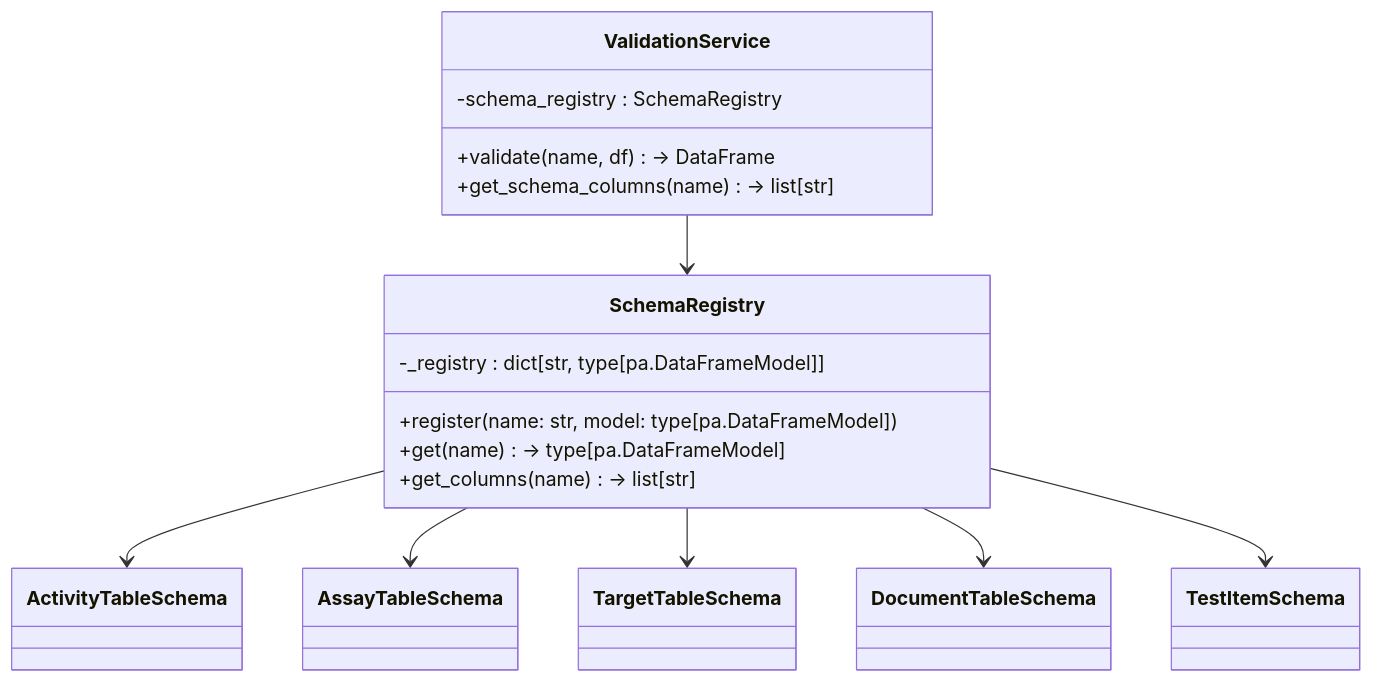
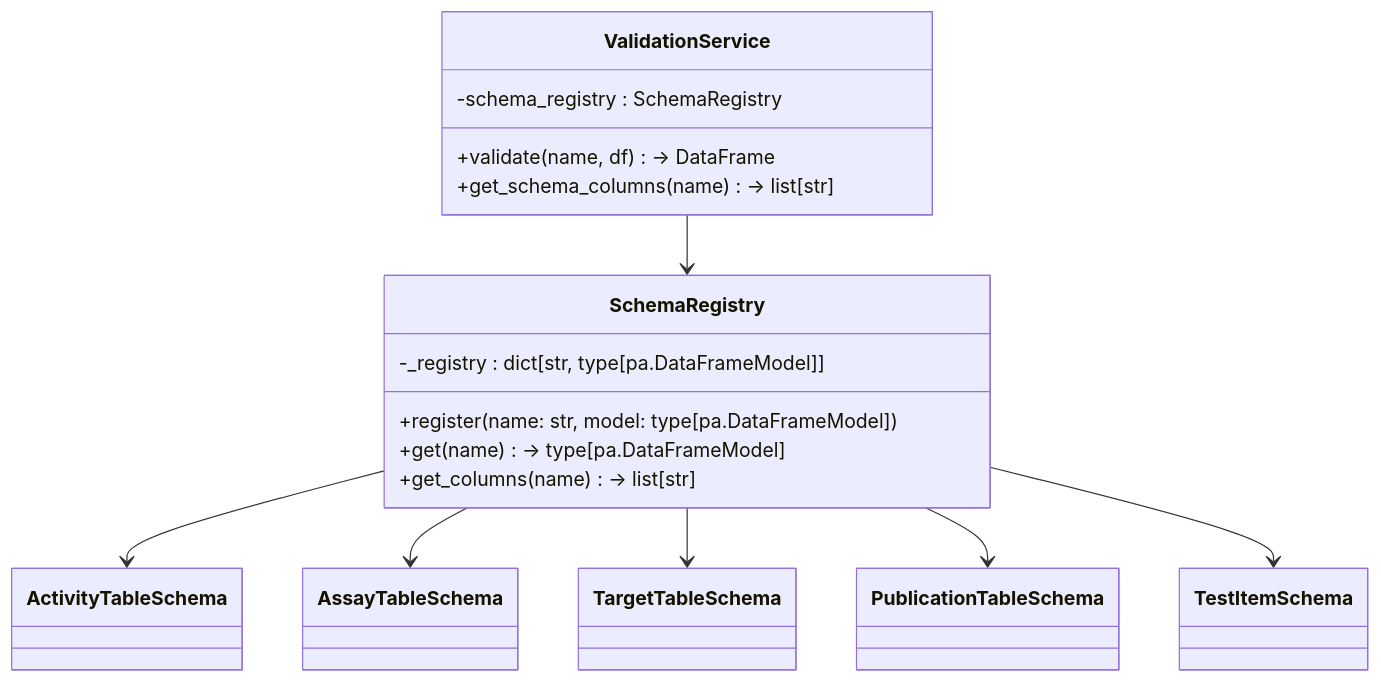
The diagram in docs/architecture/diagrams/class/33-schema-registry.mmd (SatoryKono/BioactivityDataAcquisition), drawn with Mermaid before and after one commit. The commit also changed 50 other files, not shown here.

Commit message:
Переименование Document в Publication

```diff
--- a/docs/architecture/diagrams/class/33-schema-registry.mmd
+++ b/docs/architecture/diagrams/class/33-schema-registry.mmd
@@ -1,25 +1,25 @@
 %%{init: {"class": {"domainPrimary": {"fill": "#f5f5f5", "stroke": "#444", "strokeWidth": 1.5, "color": "#111", "fontSize": "22px"}, "domainSecondary": {"fill": "#e3e7ec", "stroke": "#555", "strokeWidth": 1.2, "color": "#111", "fontSize": "18px"}, "interface": {"fill": "#dde7f2", "stroke": "#44546a", "strokeWidth": 1.5, "color": "#111", "fontSize": "22px"}}}}%%
 classDiagram
     class SchemaRegistry {
         +register(name: str, model: type[pa.DataFrameModel])
         +get(name) -> type[pa.DataFrameModel]
         +get_columns(name) -> list[str]
         -_registry : dict[str, type[pa.DataFrameModel]]
     }
     class ValidationService {
         -schema_registry : SchemaRegistry
         +validate(name, df) -> DataFrame
         +get_schema_columns(name) -> list[str]
     }
     class ActivityTableSchema
     class AssayTableSchema
     class TargetTableSchema
-    class DocumentTableSchema
+    class PublicationTableSchema
     class TestItemSchema
 
     SchemaRegistry --> ActivityTableSchema
     SchemaRegistry --> AssayTableSchema
     SchemaRegistry --> TargetTableSchema
-    SchemaRegistry --> DocumentTableSchema
+    SchemaRegistry --> PublicationTableSchema
     SchemaRegistry --> TestItemSchema
     ValidationService --> SchemaRegistry
```
